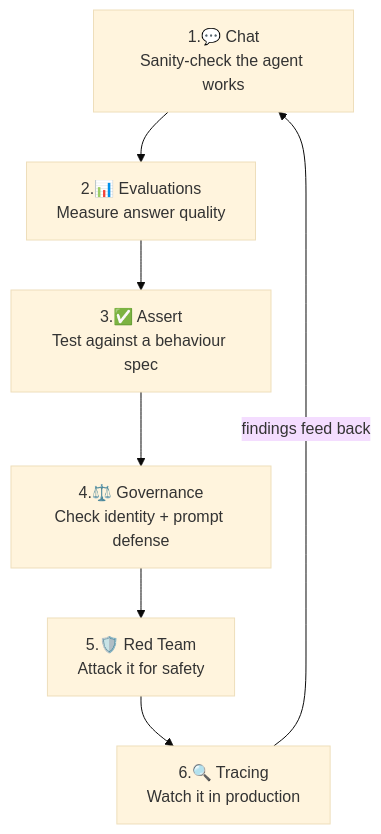
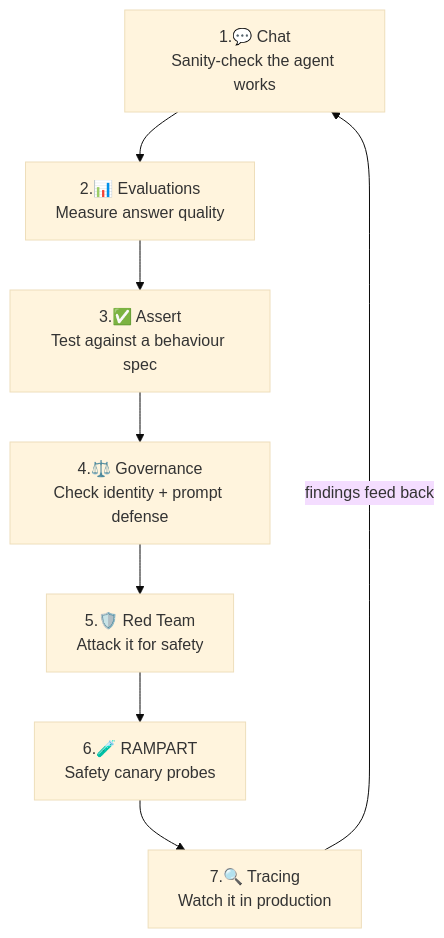
The sixth of 6 diagrams in docs/tutorials.md (balakreshnan/AgenticAIOpsGHCPApp), drawn with Mermaid (base theme) before and after one commit. The commit also changed other lines of this file and 13 other files, not shown here.

````diff
--- a/docs/tutorials.md
+++ b/docs/tutorials.md
@@ -248,9 +289,10 @@
 ```mermaid
 flowchart TD
     A["1.💬 Chat<br/>Sanity-check the agent works"] --> B["2.📊 Evaluations<br/>Measure answer quality"]
     B --> C["3.✅ Assert<br/>Test against a behaviour spec"]
     C --> D["4.⚖️ Governance<br/>Check identity + prompt defense"]
     D --> E["5.🛡️ Red Team<br/>Attack it for safety"]
-    E --> F["6.🔍 Tracing<br/>Watch it in production"]
+    E --> RP["6.🧪 RAMPART<br/>Safety canary probes"]
+    RP --> F["7.🔍 Tracing<br/>Watch it in production"]
     F -->|findings feed back| A
 ```
````
